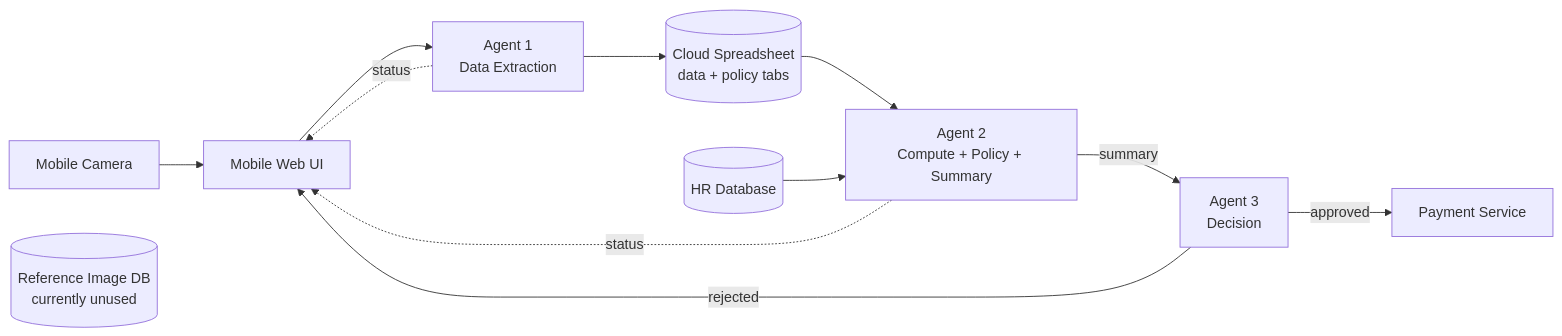
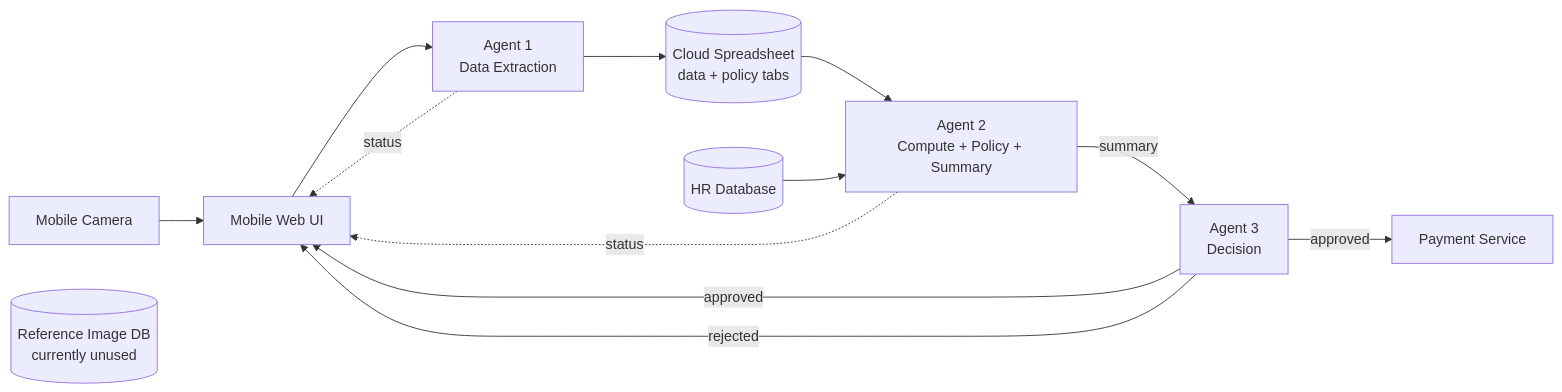
Before and after one commit to barbararomeira/agentic-expense-reporting-system: the diagram in 01-system-overview.md, drawn with Mermaid. The commit also changed other lines of this file, not shown here.

Commit message:
Step 1: add approval notification to mobile UI in diagram and flow

````diff
--- a/01-system-overview.md
+++ b/01-system-overview.md
@@ -54,14 +54,15 @@
 ```mermaid
 graph LR
     Camera[Mobile Camera] --> MobileUI[Mobile Web UI]
     MobileUI --> Agent1[Agent 1<br/>Data Extraction]
     Agent1 --> Spreadsheet[(Cloud Spreadsheet<br/>data + policy tabs)]
     Spreadsheet --> Agent2[Agent 2<br/>Compute + Policy + Summary]
     HRDB[(HR Database)] --> Agent2
     Agent2 -- summary --> Agent3[Agent 3<br/>Decision]
     Agent3 -- approved --> Payment[Payment Service]
+    Agent3 -- approved --> MobileUI
     Agent3 -- rejected --> MobileUI
     Agent1 -. status .-> MobileUI
     Agent2 -. status .-> MobileUI
     RefImages[(Reference Image DB<br/>currently unused)]
 ```
````
